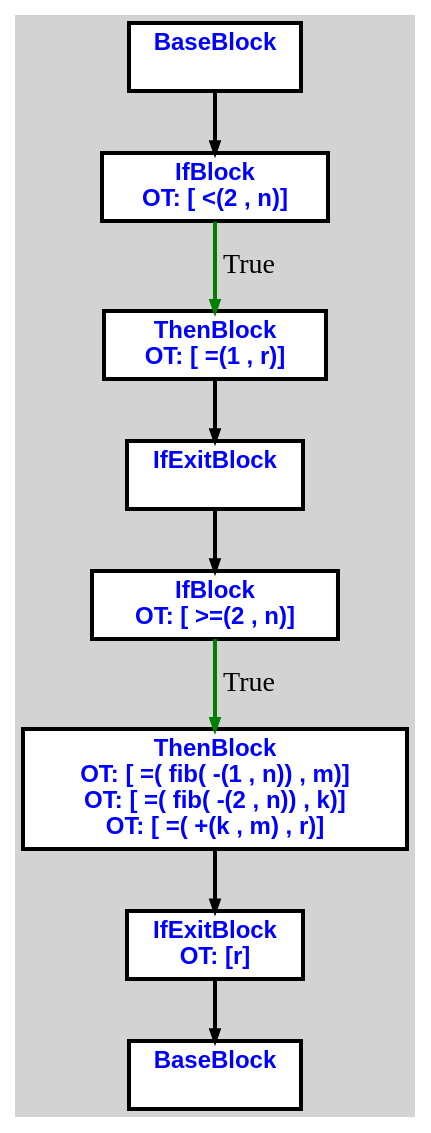
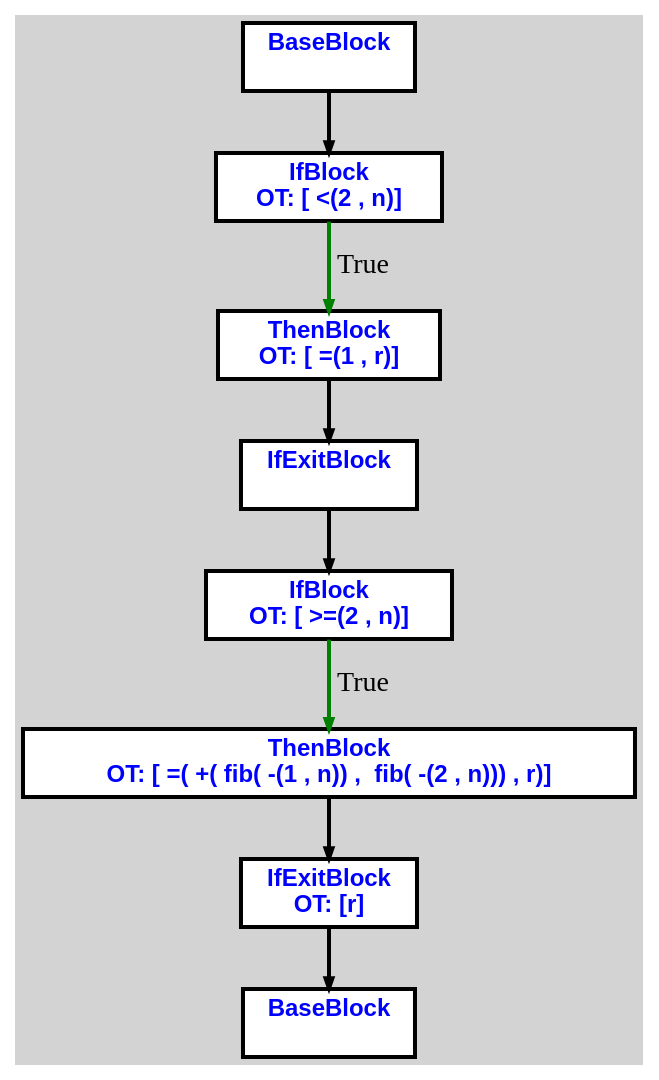
One commit to aveen007/CountingMonkeys changed the diagram in cpoCompilerWin/input2.txt.fib.dot. Above: the diagram before and after it, drawn with Graphviz. The commit also changed 20 other files, not shown here.

```diff
--- a/cpoCompilerWin/input2.txt.fib.dot
+++ b/cpoCompilerWin/input2.txt.fib.dot
@@ -1,29 +1,27 @@
 digraph G {
 ordering=out;
 ranksep=.4;
 bgcolor="lightgrey";  node [shape=box, fixedsize=false, fontsize=12, fontname="Helvetica-bold", fontcolor="blue"
 width=.25, height=.25, color="black", fillcolor="white", style="filled, solid, bold"];
 
-edge [arrowsize=.5, color="black", style="bold"]    n000011EC12C22600 [label="BaseBlock\n "]
-    n000011EC12C22660 [label="IfBlock\n OT: [ <(2 , n)]
+edge [arrowsize=.5, color="black", style="bold"]    n000011F3F7A22600 [label="BaseBlock\n "]
+    n000011F3F7A22660 [label="IfBlock\n OT: [ <(2 , n)]
 "]
-    n000011EC12C22600 -> n000011EC12C22660
-    n000011EC12C22660 -> n000011EC12C226C0 [label="True" color="green"]
-    n000011EC12C226C0 [label="ThenBlock\n OT: [ =(1 , r)]
+    n000011F3F7A22600 -> n000011F3F7A22660
+    n000011F3F7A22660 -> n000011F3F7A226C0 [label="True" color="green"]
+    n000011F3F7A226C0 [label="ThenBlock\n OT: [ =(1 , r)]
 "]
-    n000011EC12C22720 [label="IfExitBlock\n "]
-    n000011EC12C226C0 -> n000011EC12C22720
-    n000011EC12C22780 [label="IfBlock\n OT: [ >=(2 , n)]
+    n000011F3F7A22720 [label="IfExitBlock\n "]
+    n000011F3F7A226C0 -> n000011F3F7A22720
+    n000011F3F7A22780 [label="IfBlock\n OT: [ >=(2 , n)]
 "]
-    n000011EC12C22720 -> n000011EC12C22780
-    n000011EC12C22780 -> n000011EC12C227E0 [label="True" color="green"]
-    n000011EC12C227E0 [label="ThenBlock\n OT: [ =( fib( -(1 , n)) , m)]
-OT: [ =( fib( -(2 , n)) , k)]
-OT: [ =( +(k , m) , r)]
+    n000011F3F7A22720 -> n000011F3F7A22780
+    n000011F3F7A22780 -> n000011F3F7A227E0 [label="True" color="green"]
+    n000011F3F7A227E0 [label="ThenBlock\n OT: [ =( +( fib( -(1 , n)) ,  fib( -(2 , n))) , r)]
 "]
-    n000011EC12C22840 [label="IfExitBlock\n OT: [r]
+    n000011F3F7A22840 [label="IfExitBlock\n OT: [r]
 "]
-    n000011EC12C227E0 -> n000011EC12C22840
-    n000011EC12C228A0 [label="BaseBlock\n "]
-    n000011EC12C22840 -> n000011EC12C228A0
+    n000011F3F7A227E0 -> n000011F3F7A22840
+    n000011F3F7A228A0 [label="BaseBlock\n "]
+    n000011F3F7A22840 -> n000011F3F7A228A0
 }
```
